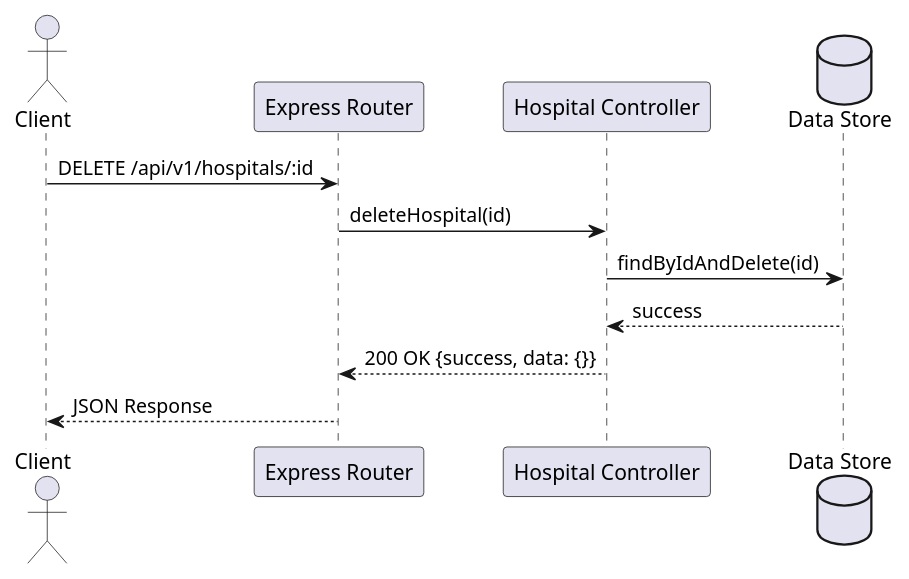
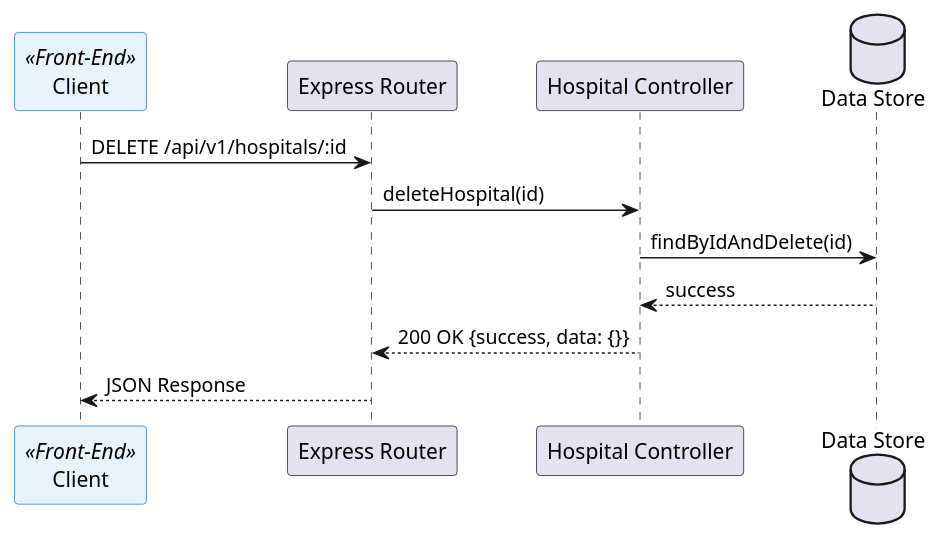
One commit to 2110503-CEDT68/be-project-68-group4 changed the diagram in diagrams/delete.puml. Above: the diagram before and after it, drawn with PlantUML. The commit also changed 7 other files, not shown here.

First line of the commit message:
Add sequence diagram PNGs and improve Client styling in PUML files

```diff
--- a/diagrams/delete.puml
+++ b/diagrams/delete.puml
@@ -1,14 +1,18 @@
 @startuml
-actor Client
+skinparam participant<<Front-End>> {
+  BackgroundColor #E8F4FD
+  BorderColor #1976D2
+}
+participant "Client" as Client <<Front-End>>
 participant "Express Router" as Router
 participant "Hospital Controller" as Controller
 database "Data Store" as DB
 
 Client -> Router: DELETE /api/v1/hospitals/:id
 Router -> Controller: deleteHospital(id)
 Controller -> DB: findByIdAndDelete(id)
 DB --> Controller: success
 Controller --> Router: 200 OK {success, data: {}}
 Router --> Client: JSON Response
 
 @enduml
```
